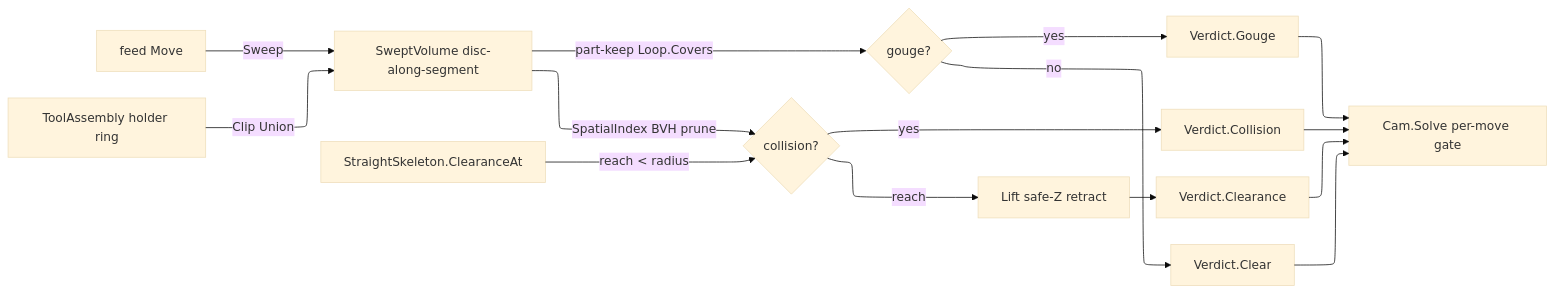
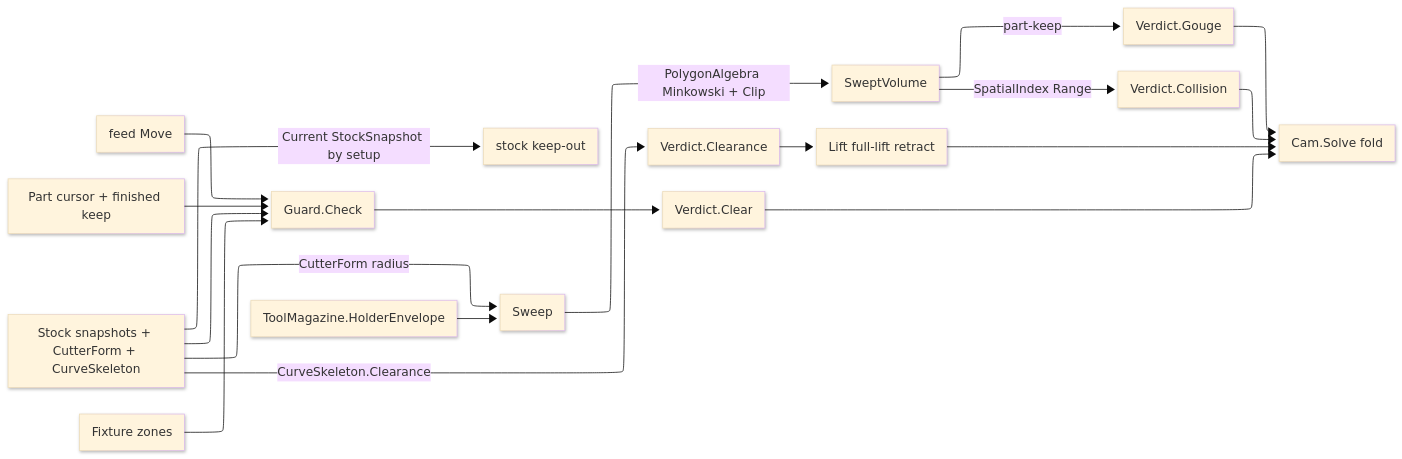
Before and after one commit to bsamiee/Rasm: the diagram in libs/csharp/Rasm.Fabrication/.planning/Toolpath/guard.md, drawn with Mermaid. The commit also changed other lines of this file and 181 other files, not shown here.

````diff
--- a/libs/csharp/Rasm.Fabrication/.planning/Toolpath/guard.md
+++ b/libs/csharp/Rasm.Fabrication/.planning/Toolpath/guard.md
@@ -119,22 +155,28 @@
 ```mermaid
 ---
 config:
   layout: elk
+  look: neo
   theme: base
 ---
 flowchart LR
-    Move["feed Move"] -->|Sweep| Swept["SweptVolume disc-along-segment"]
-    Holder["ToolAssembly holder ring"] -->|Clip Union| Swept
-    Swept -->|part-keep Loop.Covers| Gouge{"gouge?"}
-    Swept -->|SpatialIndex BVH prune| Struck{"collision?"}
-    Channel["StraightSkeleton.ClearanceAt"] -->|reach < radius| Struck
-    Gouge -->|yes| GougeV["Verdict.Gouge"]
-    Struck -->|yes| CollisionV["Verdict.Collision"]
-    Struck -->|reach| LiftN["Lift safe-Z retract"]
-    LiftN --> ClearanceV["Verdict.Clearance"]
-    Gouge -->|no| ClearV["Verdict.Clear"]
-    GougeV --> Cam["Cam.Solve per-move gate"]
-    CollisionV --> Cam
-    ClearanceV --> Cam
-    ClearV --> Cam
+    accTitle: Guard per-move safety fold
+    accDescr: Guard composes current stock, holder envelope, clearance, and obstacle broad-phase into typed Cam verdicts.
+    Move["feed Move"] --> Check["Guard.Check"]
+    Part["Part cursor + finished keep"] --> Check
+    Stock["Stock snapshots + CutterForm + CurveSkeleton"] --> Check
+    Fixture["Fixture zones"] --> Check
+    Stock -->|Current StockSnapshot by setup| Obstacles["stock keep-out"]
+    Stock -->|CutterForm radius| Sweep["Sweep"]
+    Magazine["ToolMagazine.HolderEnvelope"] --> Sweep
+    Sweep -->|PolygonAlgebra Minkowski + Clip| Volume["SweptVolume"]
+    Volume -->|part-keep| Gouge["Verdict.Gouge"]
+    Volume -->|SpatialIndex Range| Collision["Verdict.Collision"]
+    Stock -->|CurveSkeleton.Clearance| Clearance["Verdict.Clearance"]
+    Clearance --> Lift["Lift full-lift retract"]
+    Check --> Clear["Verdict.Clear"]
+    Gouge --> Cam["Cam.Solve fold"]
+    Collision --> Cam
+    Lift --> Cam
+    Clear --> Cam
 ```
````
